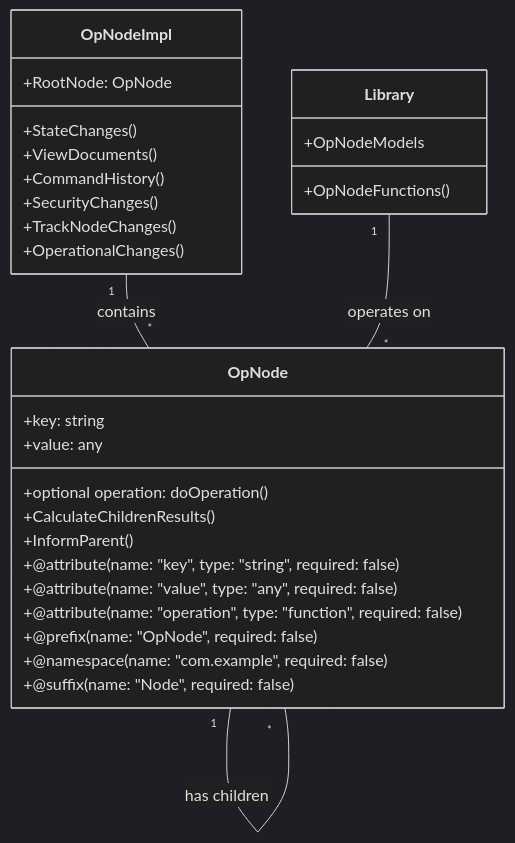
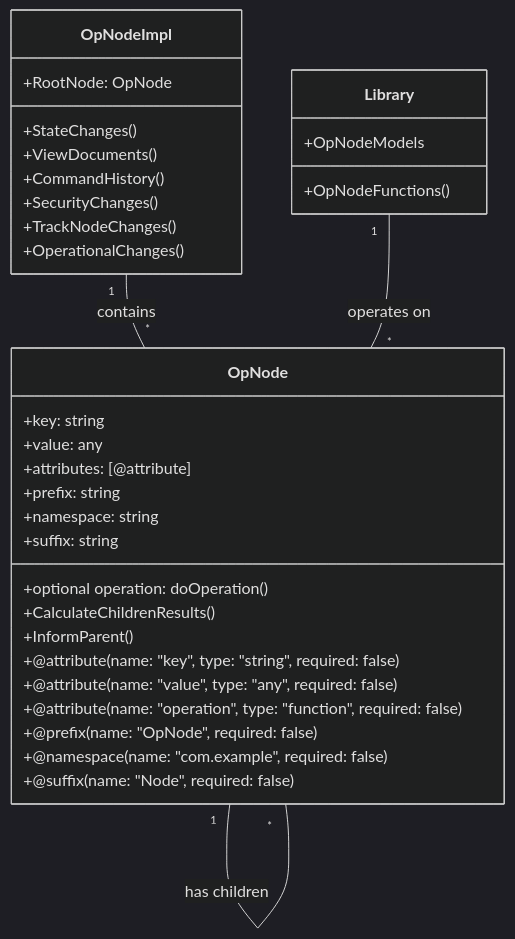
Before and after one commit to UserLevelUp/OpNode: the diagram in README.md, drawn with Mermaid (dark theme).

````diff
--- a/README.md
+++ b/README.md
@@ -9,35 +9,39 @@
 ```mermaid
 classDiagram
     class OpNodeImpl{
         +RootNode: OpNode
         +StateChanges()
         +ViewDocuments()
         +CommandHistory()
         +SecurityChanges()
         +TrackNodeChanges()
         +OperationalChanges()
     }
     class OpNode{
         +key: string
         +value: any
         +optional operation: doOperation()
         +CalculateChildrenResults()
         +InformParent()
         +@attribute(name: "key", type: "string", required: false)
         +@attribute(name: "value", type: "any", required: false)
         +@attribute(name: "operation", type: "function", required: false)
         +@prefix(name: "OpNode", required: false)
         +@namespace(name: "com.example", required: false)
         +@suffix(name: "Node", required: false)
+        +attributes: [@attribute]
+        +prefix: string
+        +namespace: string
+        +suffix: string
     }
     class Library{
         +OpNodeModels
         +OpNodeFunctions()
     }
     OpNodeImpl "1" -- "*" OpNode: contains
     Library "1" -- "*" OpNode: operates on
     OpNode "1" -- "*" OpNode: doOperation()
     OpNode "1" -- "*" OpNode: CalculateChildrenResults()
     OpNode "1" -- "*" OpNode: InformParent()
     OpNode "1" -- "*" OpNode: has children
 ```
````
